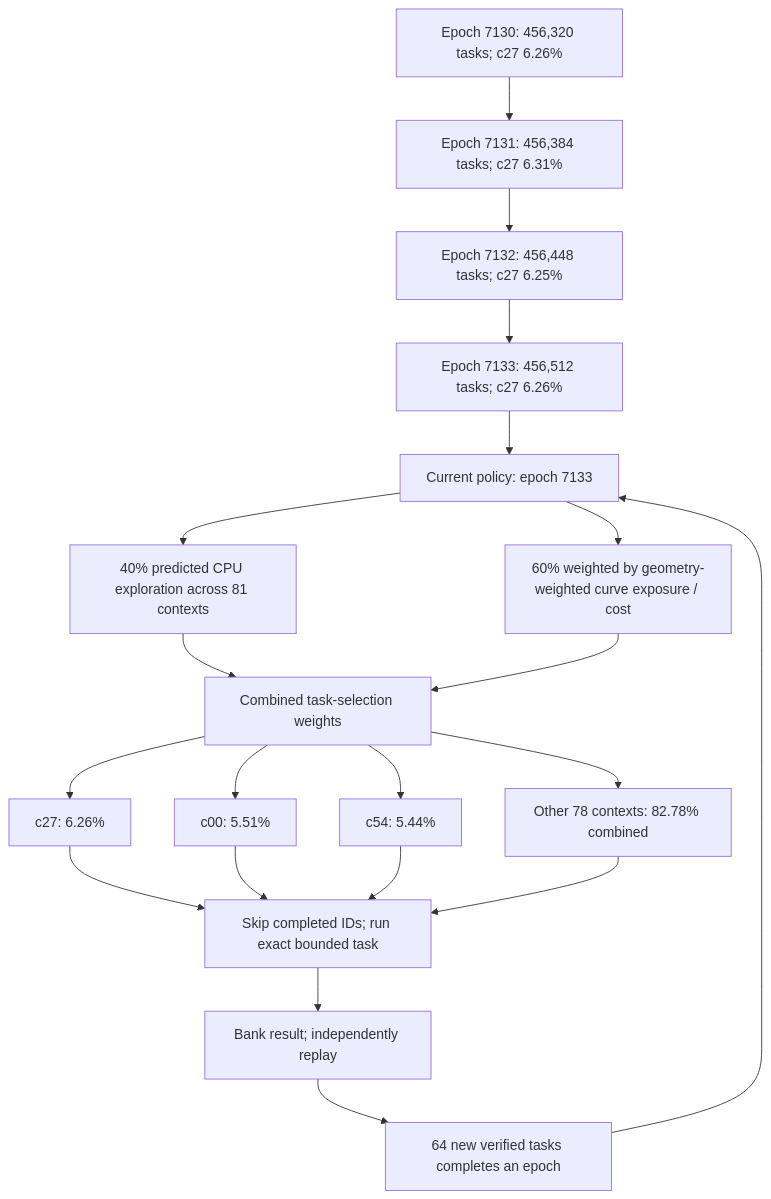
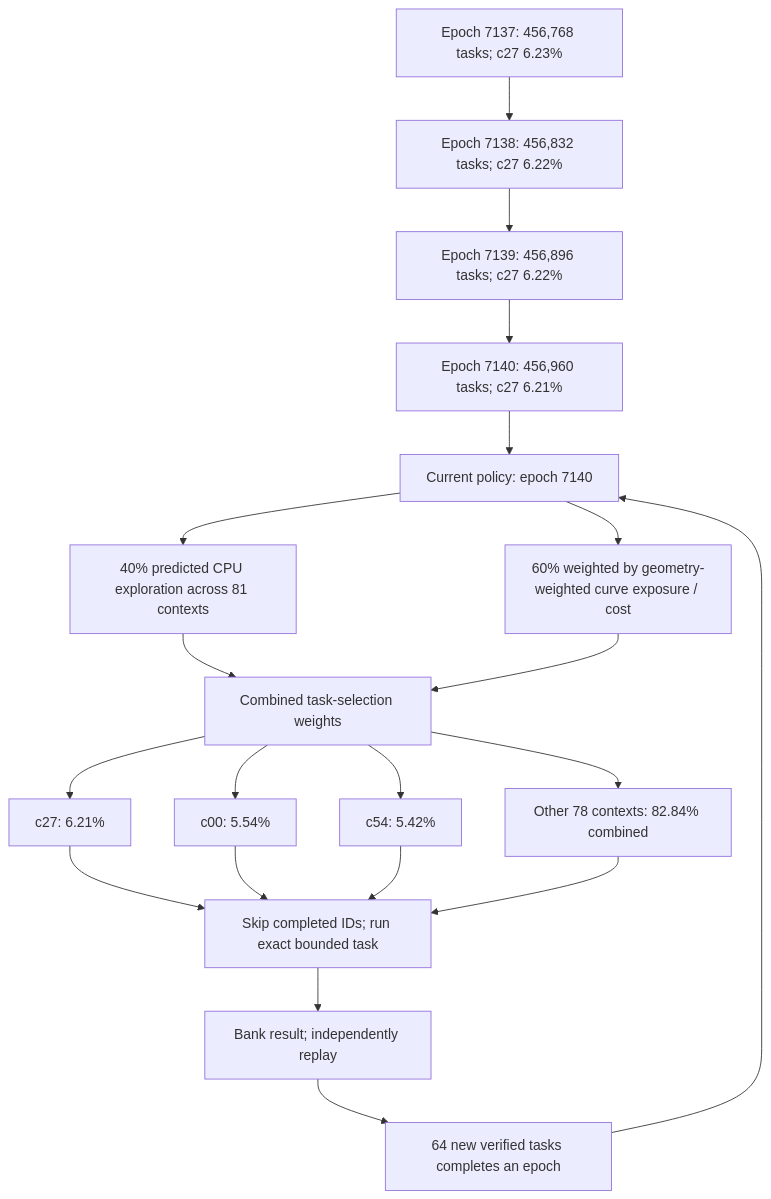
The first of 4 diagrams in README.md (Kuberwastaken/math-gambling), drawn with Mermaid before and after one commit. The commit also changed other lines of this file and 1437 other files, not shown here.

````diff
--- a/README.md
+++ b/README.md
@@ -60,27 +60,27 @@
 ```mermaid
 flowchart TD
-    H0["Epoch 7130: 456,320 tasks; c27 6.26%"]
-    H1["Epoch 7131: 456,384 tasks; c27 6.31%"]
+    H0["Epoch 7137: 456,768 tasks; c27 6.23%"]
+    H1["Epoch 7138: 456,832 tasks; c27 6.22%"]
     H0 --> H1
-    H2["Epoch 7132: 456,448 tasks; c27 6.25%"]
+    H2["Epoch 7139: 456,896 tasks; c27 6.22%"]
     H1 --> H2
-    H3["Epoch 7133: 456,512 tasks; c27 6.26%"]
+    H3["Epoch 7140: 456,960 tasks; c27 6.21%"]
     H2 --> H3
-    Policy["Current policy: epoch 7133"]
+    Policy["Current policy: epoch 7140"]
     H3 --> Policy
     Policy --> Explore["40% predicted CPU exploration across 81 contexts"]
     Policy --> Cost["60% weighted by geometry-weighted curve exposure / cost"]
     Explore --> Mix["Combined task-selection weights"]
     Cost --> Mix
-    Mix --> C0["c27: 6.26%"]
-    Mix --> C1["c00: 5.51%"]
-    Mix --> C2["c54: 5.44%"]
-    Mix --> Rest["Other 78 contexts: 82.78% combined"]
+    Mix --> C0["c27: 6.21%"]
+    Mix --> C1["c00: 5.54%"]
+    Mix --> C2["c54: 5.42%"]
+    Mix --> Rest["Other 78 contexts: 82.84% combined"]
     C0 --> Check["Skip completed IDs; run exact bounded task"]
     C1 --> Check
     C2 --> Check
     Rest --> Check
     Check --> Replay["Bank result; independently replay"]
     Replay --> Gate["64 new verified tasks completes an epoch"]
     Gate --> Policy
 ```
````
